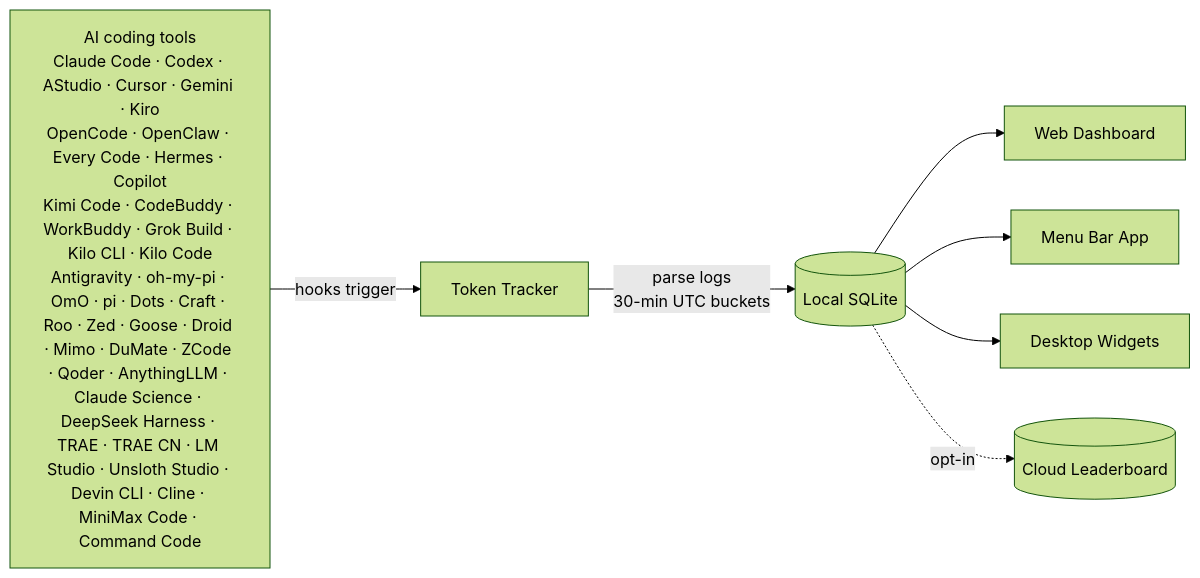
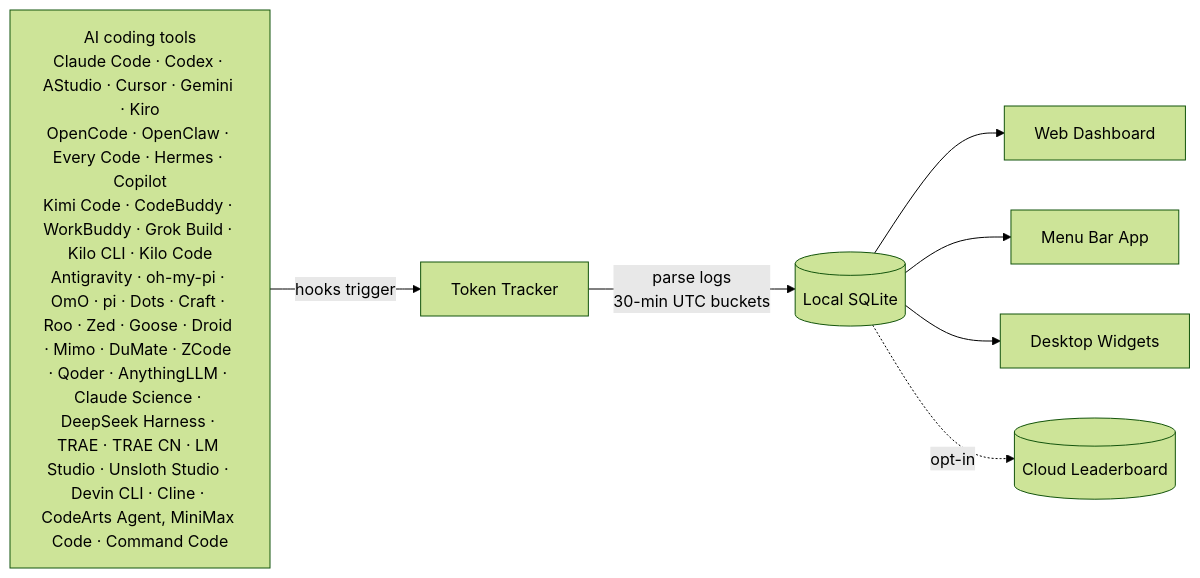
One commit to 01UNCLEDOG01/TokenTracker-Plus changed the diagram in README.md. Above: the diagram before and after it, drawn with Mermaid (forest theme). The commit also changed other lines of this file and 13 other files, not shown here.

````diff
--- a/README.md
+++ b/README.md
@@ -273,10 +273,10 @@
 ```mermaid
 flowchart LR
-    A["AI coding tools<br/>Claude Code · Codex · AStudio · Cursor · Gemini · Kiro<br/>OpenCode · OpenClaw · Every Code · Hermes · Copilot<br/>Kimi Code · CodeBuddy · WorkBuddy · Grok Build · Kilo CLI · Kilo Code<br/>Antigravity · oh-my-pi · OmO · pi · Dots · Craft · Roo · Zed · Goose · Droid · Mimo · DuMate · ZCode · Qoder · AnythingLLM · Claude Science · DeepSeek Harness · TRAE · TRAE CN · LM Studio · Unsloth Studio · Devin CLI · Cline · MiniMax Code · Command Code"]
+    A["AI coding tools<br/>Claude Code · Codex · AStudio · Cursor · Gemini · Kiro<br/>OpenCode · OpenClaw · Every Code · Hermes · Copilot<br/>Kimi Code · CodeBuddy · WorkBuddy · Grok Build · Kilo CLI · Kilo Code<br/>Antigravity · oh-my-pi · OmO · pi · Dots · Craft · Roo · Zed · Goose · Droid · Mimo · DuMate · ZCode · Qoder · AnythingLLM · Claude Science · DeepSeek Harness · TRAE · TRAE CN · LM Studio · Unsloth Studio · Devin CLI · Cline · CodeArts Agent, MiniMax Code · Command Code"]
     A -->|hooks trigger| B[Token Tracker]
     B -->|parse logs<br/>30-min UTC buckets| C[(Local SQLite)]
     C --> D[Web Dashboard]
     C --> E[Menu Bar App]
     C --> F[Desktop Widgets]
     C -.->|opt-in| G[(Cloud Leaderboard)]
 ```
````
